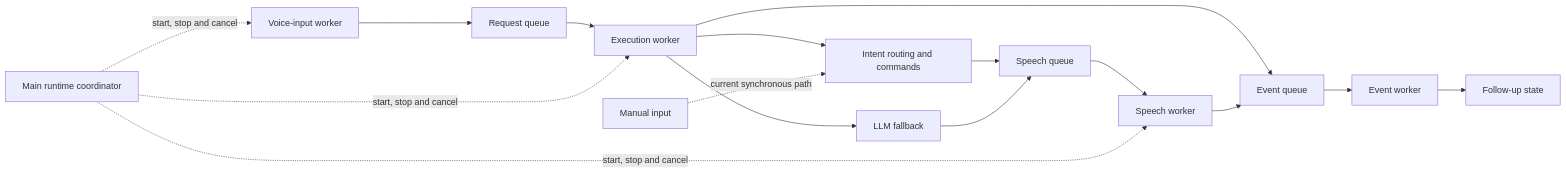
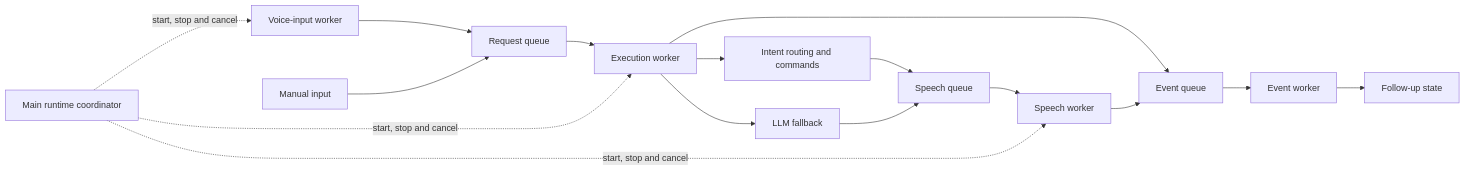
One commit to mattordev/coda changed the diagram in docs/concurrent-runtime.md. Above: the diagram before and after it, drawn with Mermaid. The commit also changed other lines of this file and 9 other files, not shown here.

````diff
--- a/docs/concurrent-runtime.md
+++ b/docs/concurrent-runtime.md
@@ -10,20 +10,20 @@
 ```mermaid
 flowchart LR
     Voice[Voice-input worker] --> Requests[Request queue]
     Requests --> Execution[Execution worker]
     Execution --> Intent[Intent routing and commands]
     Execution --> LLM[LLM fallback]
     Intent --> SpeechQueue[Speech queue]
     LLM --> SpeechQueue
     SpeechQueue --> Speech[Speech worker]
     Execution --> Events[Event queue]
     Speech --> Events
     Events --> EventWorker[Event worker]
     EventWorker --> FollowUp[Follow-up state]
 
     Main[Main runtime coordinator] -. start, stop and cancel .-> Voice
     Main -. start, stop and cancel .-> Execution
     Main -. start, stop and cancel .-> Speech
 
-    Manual[Manual input] -. current synchronous path .-> Intent
+    Manual[Manual input] --> Requests
 ```
````
